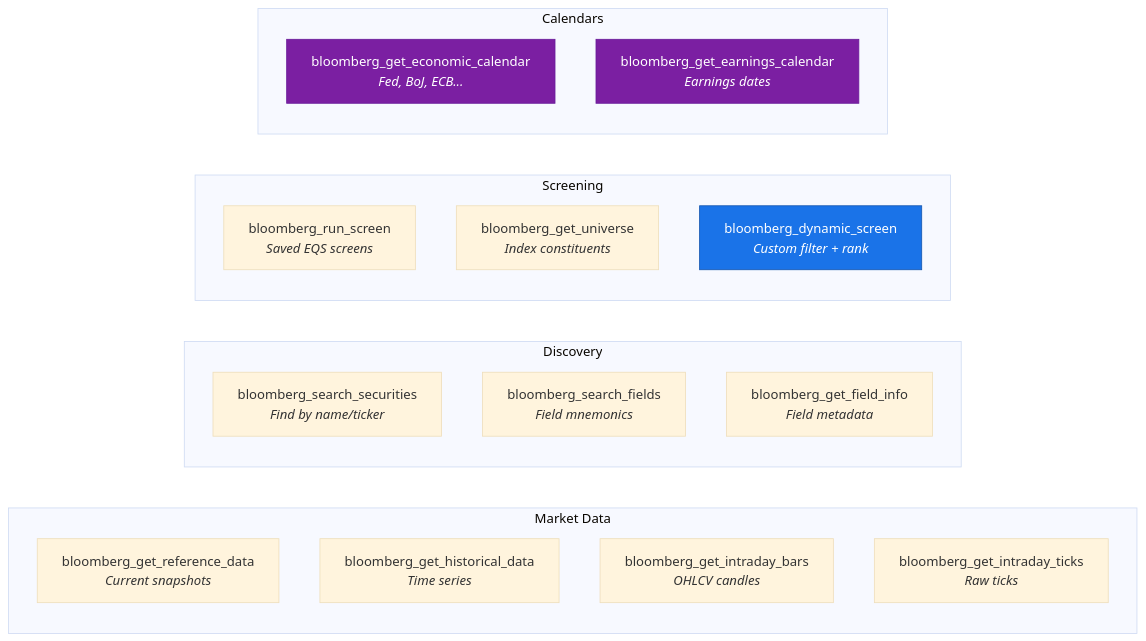
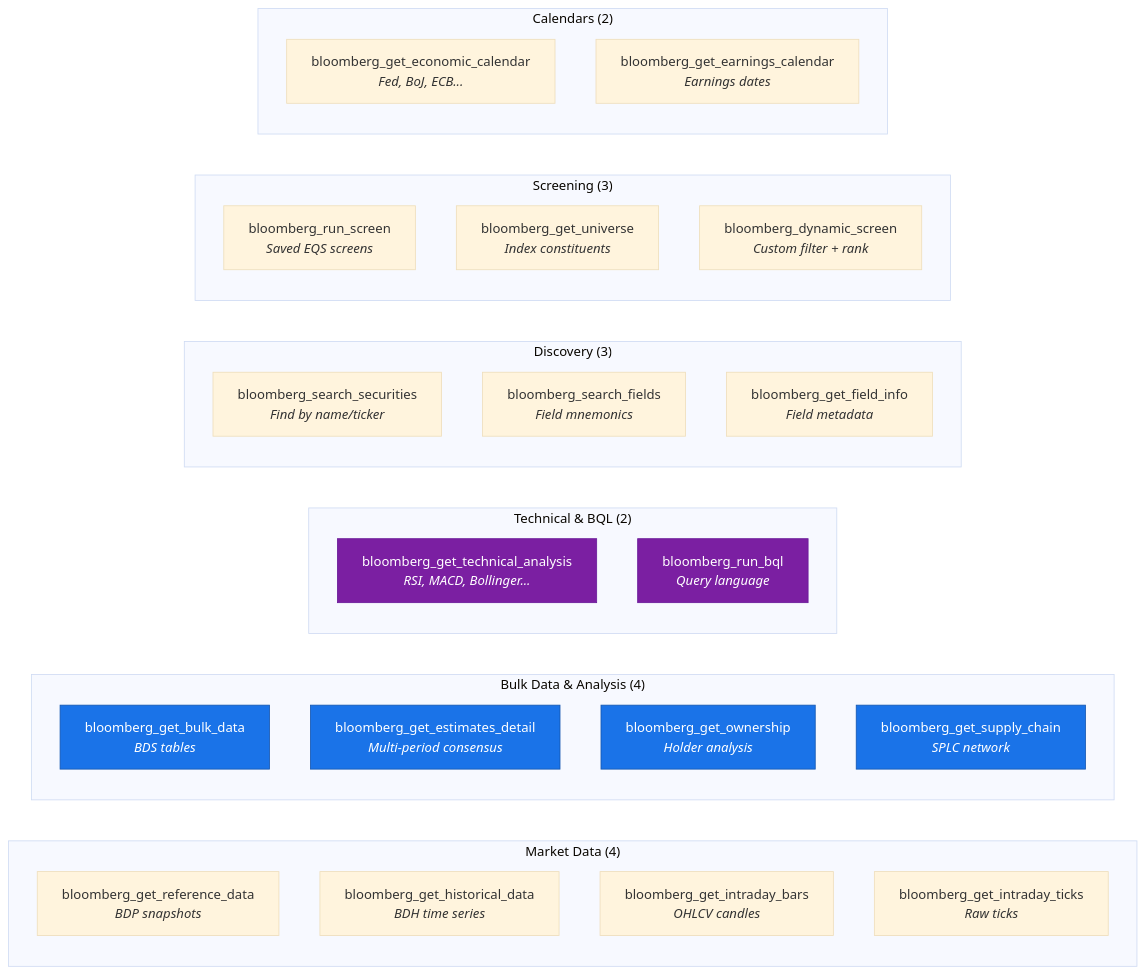
Before and after one commit to QmQsun/Bloomberg-MCP: the second of 7 diagrams in README.md, drawn with Mermaid (base theme). The commit also changed other lines of this file, not shown here.

Commit message:
docs: update README with architecture diagrams and 22 tools

````diff
--- a/README.md
+++ b/README.md
@@ -74,30 +73,45 @@
 ```mermaid
 graph LR
-    subgraph "Market Data"
-        T1["bloomberg_get_reference_data<br/><i>Current snapshots</i>"]
-        T2["bloomberg_get_historical_data<br/><i>Time series</i>"]
+    subgraph "Market Data (4)"
+        T1["bloomberg_get_reference_data<br/><i>BDP snapshots</i>"]
+        T2["bloomberg_get_historical_data<br/><i>BDH time series</i>"]
         T3["bloomberg_get_intraday_bars<br/><i>OHLCV candles</i>"]
         T4["bloomberg_get_intraday_ticks<br/><i>Raw ticks</i>"]
     end
 
-    subgraph "Discovery"
-        T5["bloomberg_search_securities<br/><i>Find by name/ticker</i>"]
-        T6["bloomberg_search_fields<br/><i>Field mnemonics</i>"]
-        T7["bloomberg_get_field_info<br/><i>Field metadata</i>"]
+    subgraph "Bulk Data & Analysis (4)"
+        T5["bloomberg_get_bulk_data<br/><i>BDS tables</i>"]
+        T6["bloomberg_get_estimates_detail<br/><i>Multi-period consensus</i>"]
+        T7["bloomberg_get_ownership<br/><i>Holder analysis</i>"]
+        T8["bloomberg_get_supply_chain<br/><i>SPLC network</i>"]
     end
 
-    subgraph "Screening"
-        T8["bloomberg_run_screen<br/><i>Saved EQS screens</i>"]
-        T9["bloomberg_get_universe<br/><i>Index constituents</i>"]
-        T10["bloomberg_dynamic_screen<br/><i>Custom filter + rank</i>"]
+    subgraph "Technical & BQL (2)"
+        T9["bloomberg_get_technical_analysis<br/><i>RSI, MACD, Bollinger...</i>"]
+        T10["bloomberg_run_bql<br/><i>Query language</i>"]
     end
 
-    subgraph "Calendars"
-        T11["bloomberg_get_economic_calendar<br/><i>Fed, BoJ, ECB...</i>"]
-        T12["bloomberg_get_earnings_calendar<br/><i>Earnings dates</i>"]
+    subgraph "Discovery (3)"
+        T11["bloomberg_search_securities<br/><i>Find by name/ticker</i>"]
+        T12["bloomberg_search_fields<br/><i>Field mnemonics</i>"]
+        T13["bloomberg_get_field_info<br/><i>Field metadata</i>"]
     end
 
-    style T10 fill:#1a73e8,stroke:#1557b0,color:#fff
-    style T11 fill:#7b1fa2,stroke:#6a1b9a,color:#fff
-    style T12 fill:#7b1fa2,stroke:#6a1b9a,color:#fff
+    subgraph "Screening (3)"
+        T14["bloomberg_run_screen<br/><i>Saved EQS screens</i>"]
+        T15["bloomberg_get_universe<br/><i>Index constituents</i>"]
+        T16["bloomberg_dynamic_screen<br/><i>Custom filter + rank</i>"]
+    end
+
+    subgraph "Calendars (2)"
+        T17["bloomberg_get_economic_calendar<br/><i>Fed, BoJ, ECB...</i>"]
+        T18["bloomberg_get_earnings_calendar<br/><i>Earnings dates</i>"]
+    end
+
+    style T5 fill:#1a73e8,stroke:#1557b0,color:#fff
+    style T6 fill:#1a73e8,stroke:#1557b0,color:#fff
+    style T7 fill:#1a73e8,stroke:#1557b0,color:#fff
+    style T8 fill:#1a73e8,stroke:#1557b0,color:#fff
+    style T9 fill:#7b1fa2,stroke:#6a1b9a,color:#fff
+    style T10 fill:#7b1fa2,stroke:#6a1b9a,color:#fff
 ```
````
